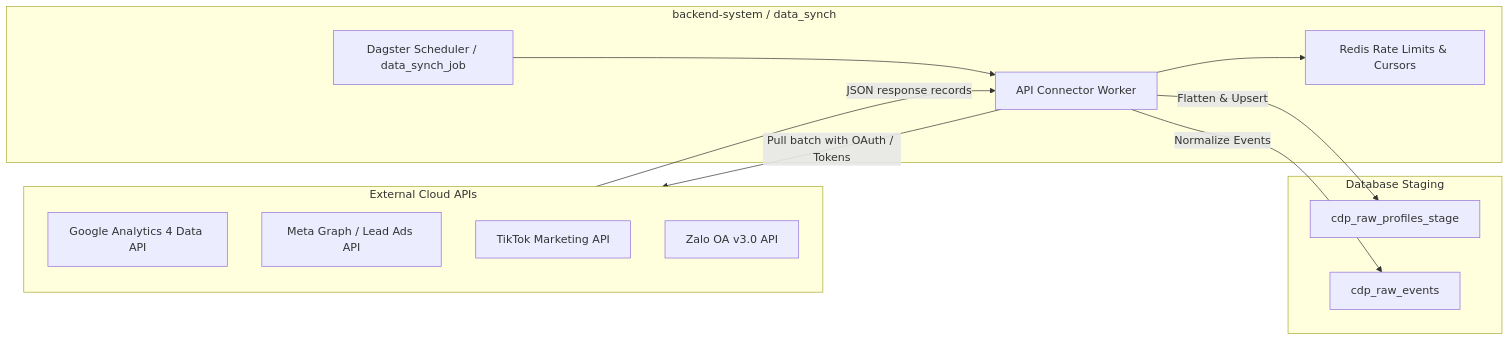
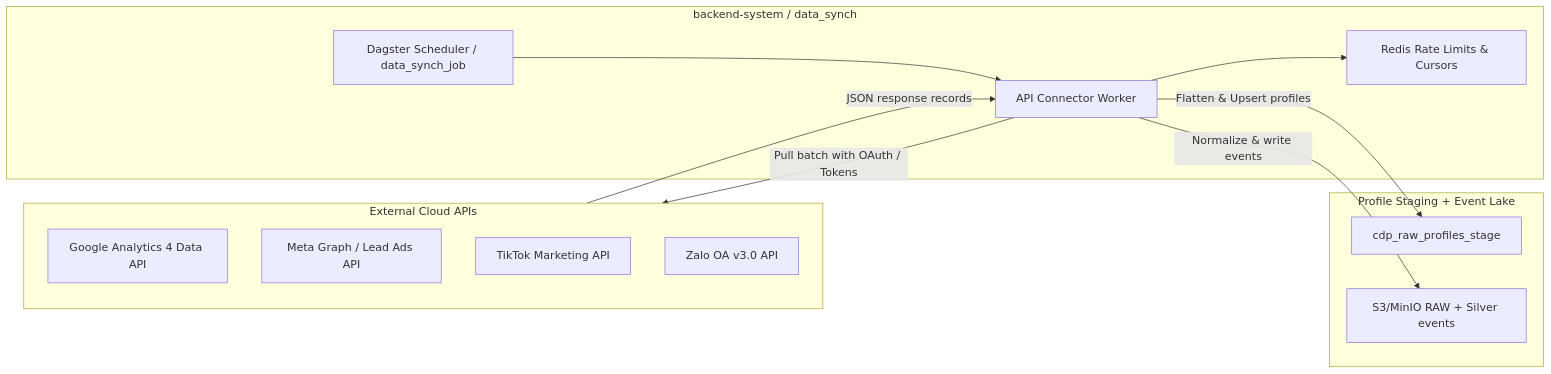
The diagram in docs/data-sources/2-data-connector.md (LEO-CDP/leo-customer360), drawn with Mermaid before and after one commit. The commit also changed other lines of this file and 25 other files, not shown here.

````diff
--- a/docs/data-sources/2-data-connector.md
+++ b/docs/data-sources/2-data-connector.md
@@ -7,27 +7,27 @@
 ```mermaid
 flowchart LR
     subgraph External["External Cloud APIs"]
         GA4["Google Analytics 4 Data API"]
         META["Meta Graph / Lead Ads API"]
         TT["TikTok Marketing API"]
         ZALO["Zalo OA v3.0 API"]
     end
 
     subgraph SyncService["backend-system / data_synch"]
         ORCH["Dagster Scheduler / data_synch_job"]
         WORKER["API Connector Worker"]
         REDIS["Redis Rate Limits & Cursors"]
     end
 
-    subgraph Staging["Database Staging"]
+    subgraph Staging["Profile Staging + Event Lake"]
         STAGE_PRF["cdp_raw_profiles_stage"]
-        STAGE_EVT["cdp_raw_events"]
+      STAGE_EVT["S3/MinIO RAW + Silver events"]
     end
 
     ORCH --> WORKER
     WORKER --> REDIS
     WORKER -->|"Pull batch with OAuth / Tokens"| External
     External -->|"JSON response records"| WORKER
-    WORKER -->|"Flatten & Upsert"| STAGE_PRF
-    WORKER -->|"Normalize Events"| STAGE_EVT
+    WORKER -->|"Flatten & Upsert profiles"| STAGE_PRF
+    WORKER -->|"Normalize & write events"| STAGE_EVT
 ```
````
